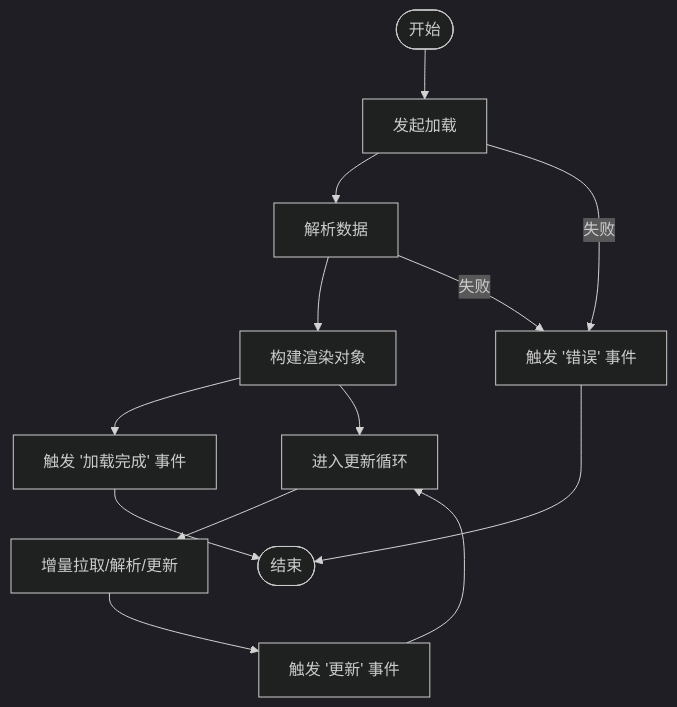
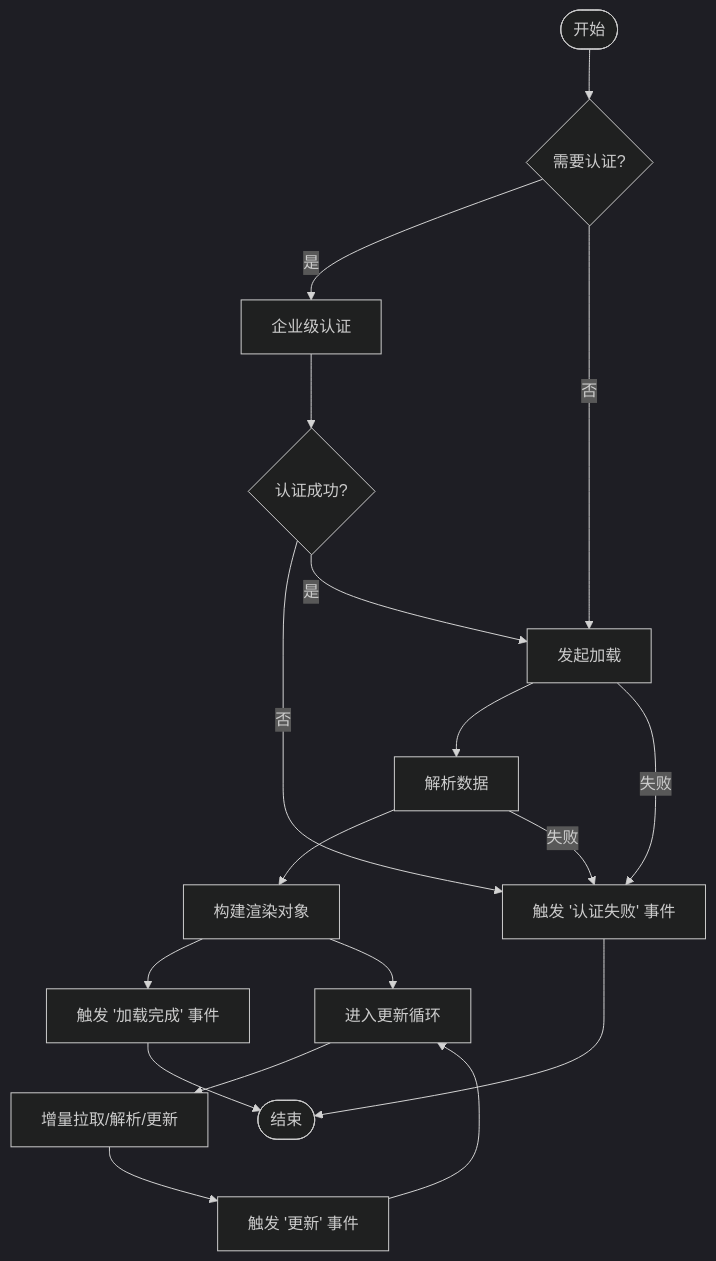
One commit to rzhangjing/cesium changed the fourth of 7 diagrams in .qoder/repowiki/zh/content/数据提供者/数据提供者架构.md. Above: the diagram before and after it, drawn with Mermaid (dark theme). The commit also changed other lines of this file and 32 other files, not shown here.

````diff
--- a/.qoder/repowiki/zh/content/数据提供者/数据提供者架构.md
+++ b/.qoder/repowiki/zh/content/数据提供者/数据提供者架构.md
@@ -220,15 +251,20 @@
 ```mermaid
 flowchart TD
-Start(["开始"]) --> Load["发起加载"]
+Start(["开始"]) --> Auth{"需要认证?"}
+Auth --> |是| Authenticate["企业级认证"]
+Auth --> |否| Load["发起加载"]
+Authenticate --> AuthSuccess{"认证成功?"}
+AuthSuccess --> |否| EmitError["触发 '认证失败' 事件"]
+AuthSuccess --> |是| Load
 Load --> Parse["解析数据"]
 Parse --> Build["构建渲染对象"]
 Build --> EmitLoad["触发 '加载完成' 事件"]
-Load --> |失败| EmitError["触发 '错误' 事件"]
+Load --> |失败| EmitError
 Parse --> |失败| EmitError
 Build --> UpdateLoop["进入更新循环"]
 UpdateLoop --> Incremental["增量拉取/解析/更新"]
 Incremental --> EmitUpdate["触发 '更新' 事件"]
 EmitUpdate --> UpdateLoop
 EmitLoad --> End(["结束"])
 EmitError --> End
 ```
````
